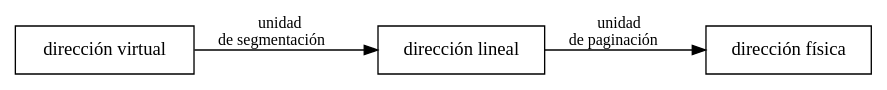
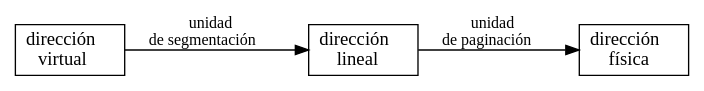
Before and after one commit to crazy2k/zafio: the second of 2 diagrams in doc/background.rst, drawn with Graphviz.

Commit message:
Achicar grafo de direcciones virtuales

```diff
--- a/doc/background.rst
+++ b/doc/background.rst
@@ -163,12 +163,15 @@
 .. graphviz::
 
     digraph direcciones {
         rankdir=LR
-        "dirección virtual" [shape=box]
-        "dirección lineal" [shape=box]
-        "dirección física" [shape=box]
+        "dirección virtual" [shape=box,
+            label=<<font point-size="14">dirección<br />virtual</font>>]
+        "dirección lineal" [shape=box,
+            label=<<font point-size="14">dirección<br />lineal</font>>]
+        "dirección física" [shape=box,
+            label=<<font point-size="14">dirección<br />física</font>>]
         "dirección virtual" -> "dirección lineal"
             [label=<<font point-size="12">unidad<br />de segmentación</font>>];
         "dirección lineal" -> "dirección física"
             [label=<<font point-size="12">unidad<br />de paginación</font>>];
     }
```
